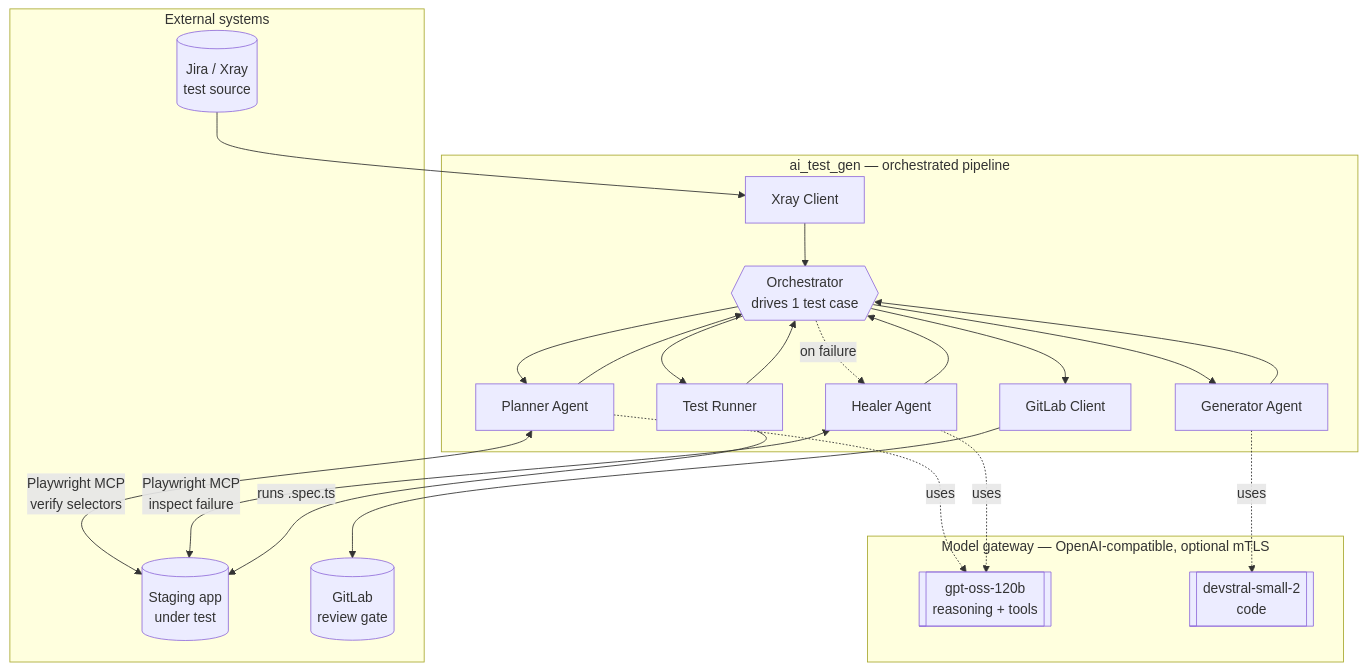
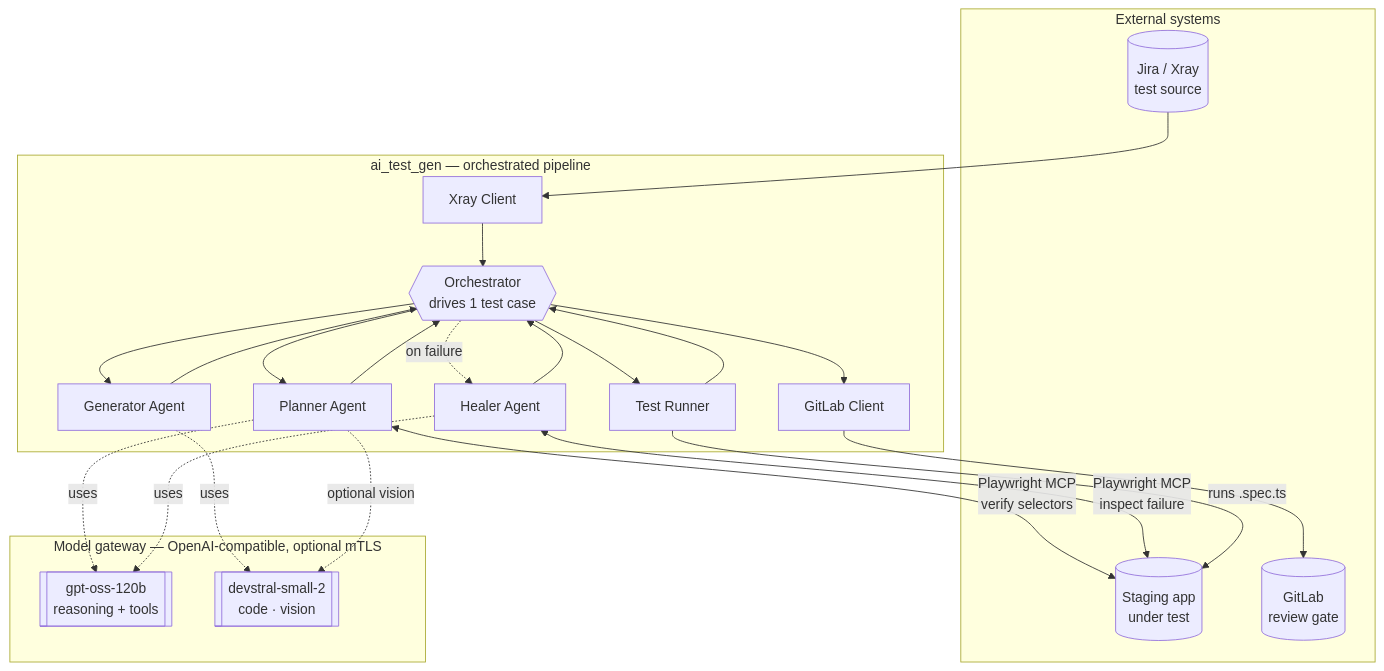
The first of 2 diagrams in docs/ARCHITECTURE.md (jpucic00/agentic-test-automation), drawn with Mermaid before and after one commit. The commit also changed other lines of this file and 11 other files, not shown here.

First line of the commit message:
Planner can optionally see the page via a Devstral vision sensor

````diff
--- a/docs/ARCHITECTURE.md
+++ b/docs/ARCHITECTURE.md
@@ -20,39 +20,40 @@
 ```mermaid
 flowchart TB
     subgraph ext[" External systems "]
         XRAY[("Jira / Xray<br/>test source")]
         STG[("Staging app<br/>under test")]
         GLAB[("GitLab<br/>review gate")]
     end
 
     subgraph gw[" Model gateway — OpenAI-compatible, optional mTLS "]
         REASON[["gpt-oss-120b<br/>reasoning + tools"]]
-        CODER[["devstral-small-2<br/>code"]]
+        CODER[["devstral-small-2<br/>code · vision"]]
     end
 
     subgraph app[" ai_test_gen — orchestrated pipeline "]
         ORCH{{Orchestrator<br/>drives 1 test case}}
         XC[Xray Client]
         PL[Planner Agent]
         GE[Generator Agent]
         RUN[Test Runner]
         HE[Healer Agent]
         GL[GitLab Client]
     end
 
     XRAY --> XC --> ORCH
     ORCH --> PL --> ORCH
     ORCH --> GE --> ORCH
     ORCH --> RUN --> ORCH
     ORCH -. on failure .-> HE
     HE --> ORCH
     ORCH --> GL --> GLAB
 
     PL <-->|Playwright MCP<br/>verify selectors| STG
     HE <-->|Playwright MCP<br/>inspect failure| STG
     RUN -->|runs .spec.ts| STG
 
     PL -. uses .-> REASON
     HE -. uses .-> REASON
     GE -. uses .-> CODER
+    PL -. optional vision .-> CODER
 ```
````
